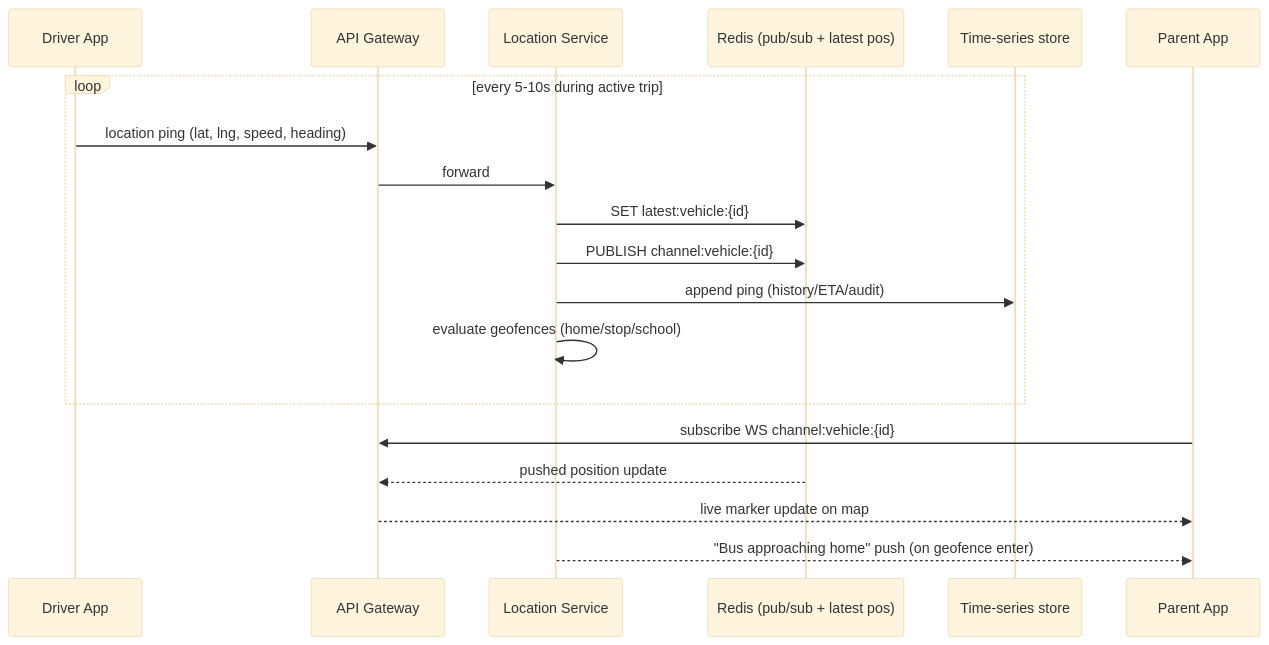
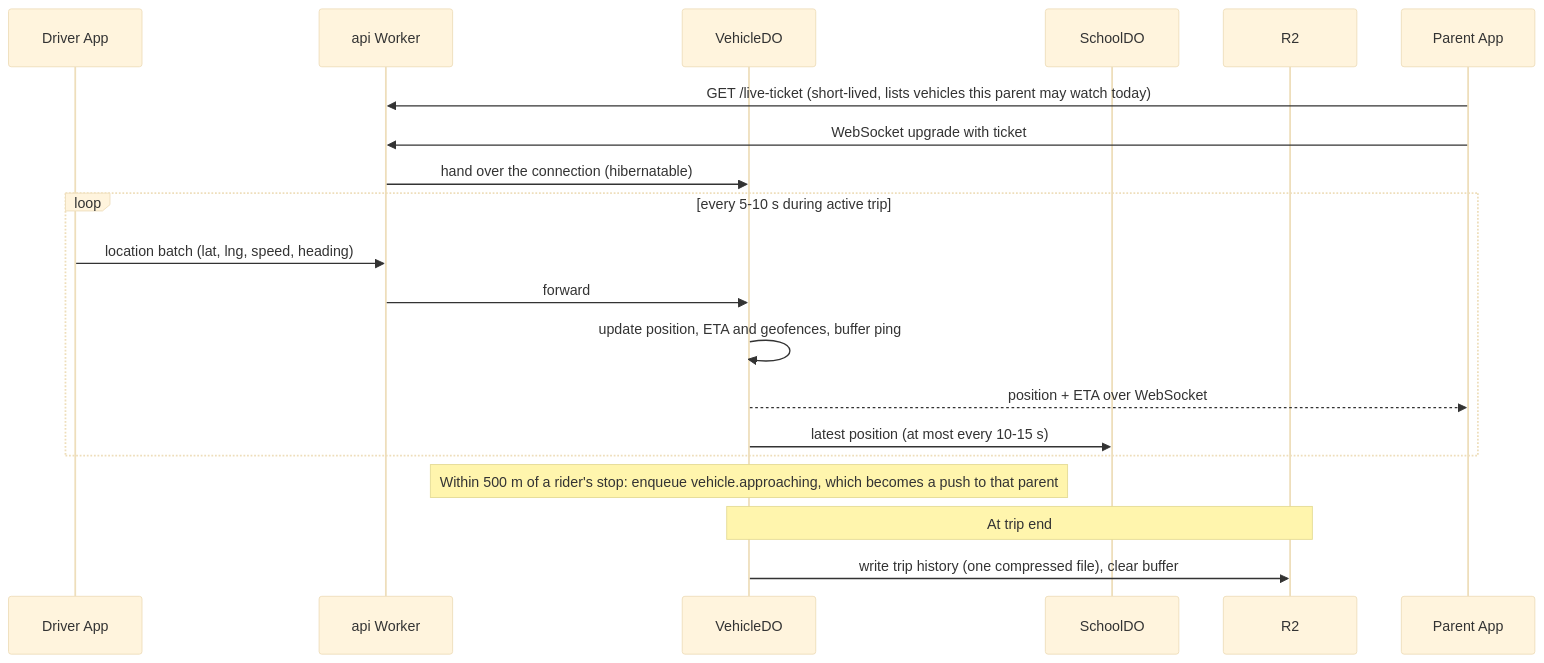
The fifth of 5 diagrams in architecture/ARCHITECTURE.md (alinoorul/studesafe), drawn with Mermaid (base theme) before and after one commit. The commit also changed other lines of this file and 4 other files, not shown here.

First line of the commit message:
Production architecture: move to a Cloudflare-native backend

````diff
--- a/architecture/ARCHITECTURE.md
+++ b/architecture/ARCHITECTURE.md
@@ -465,22 +567,23 @@
 ```mermaid
 sequenceDiagram
     participant DA as Driver App
-    participant GW as API Gateway
-    participant LOC as Location Service
-    participant RDS as Redis (pub/sub + latest pos)
-    participant TS as Time-series store
+    participant API as api Worker
+    participant VDO as VehicleDO
+    participant SDO as SchoolDO
+    participant R2 as R2
     participant PA as Parent App
 
-    loop every 5-10s during active trip
-        DA->>GW: location ping (lat, lng, speed, heading)
-        GW->>LOC: forward
-        LOC->>RDS: SET latest:vehicle:{id}
-        LOC->>RDS: PUBLISH channel:vehicle:{id}
-        LOC->>TS: append ping (history/ETA/audit)
-        LOC->>LOC: evaluate geofences (home/stop/school)
+    PA->>API: GET /live-ticket (short-lived, lists vehicles this parent may watch today)
+    PA->>API: WebSocket upgrade with ticket
+    API->>VDO: hand over the connection (hibernatable)
+    loop every 5-10 s during active trip
+        DA->>API: location batch (lat, lng, speed, heading)
+        API->>VDO: forward
+        VDO->>VDO: update position, ETA and geofences, buffer ping
+        VDO-->>PA: position + ETA over WebSocket
+        VDO->>SDO: latest position (at most every 10-15 s)
     end
-    PA->>GW: subscribe WS channel:vehicle:{id}
-    RDS-->>GW: pushed position update
-    GW-->>PA: live marker update on map
-    LOC-->>PA: "Bus approaching home" push (on geofence enter)
+    Note over VDO: Within 500 m of a rider's stop: enqueue vehicle.approaching, which becomes a push to that parent
+    Note over VDO,R2: At trip end
+    VDO->>R2: write trip history (one compressed file), clear buffer
 ```
````
